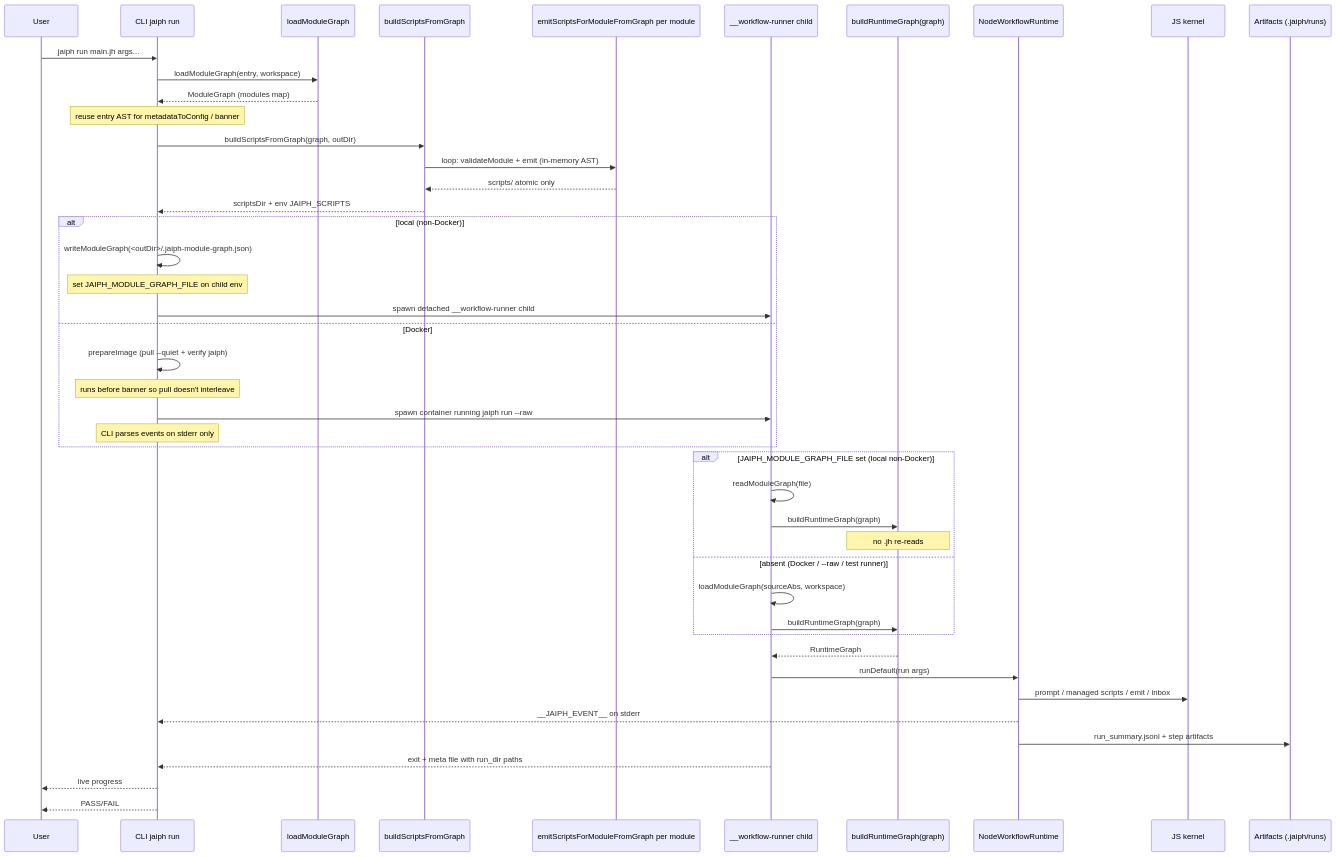
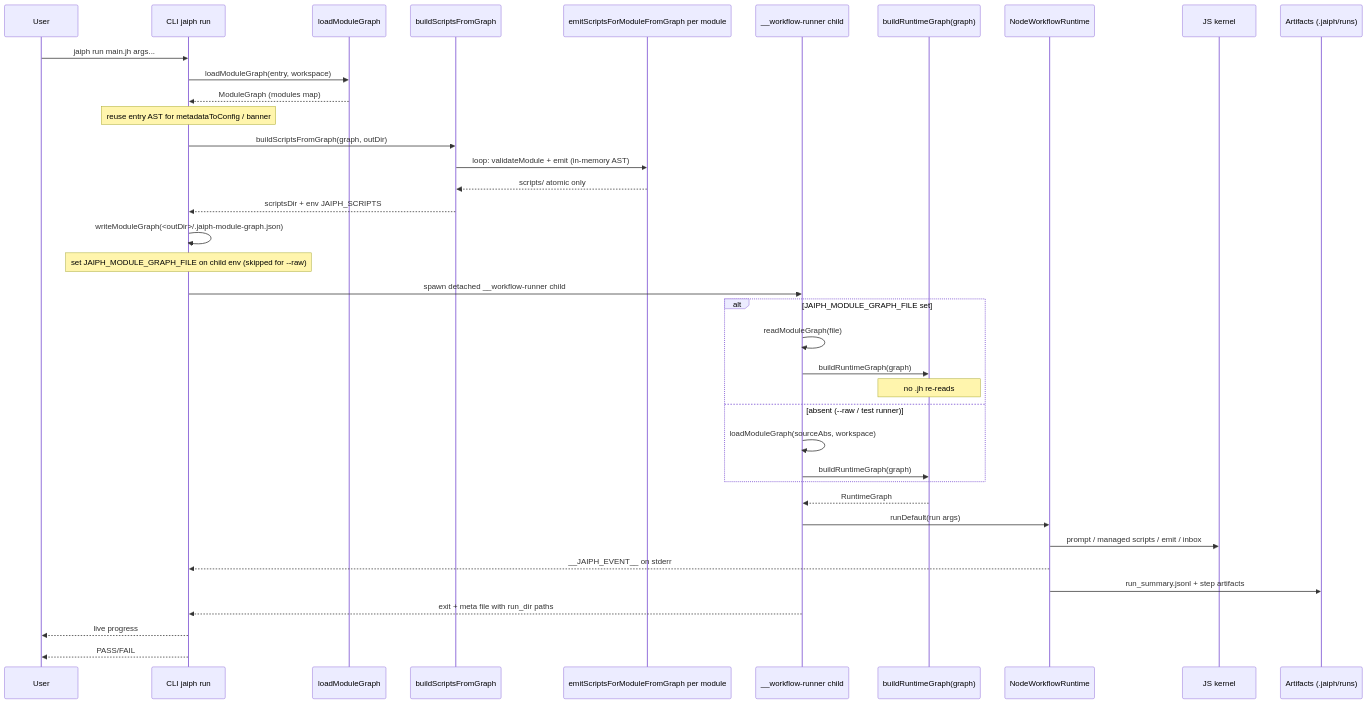
The second of 3 diagrams in docs/architecture.md (jaiphlang/jaiph), drawn with Mermaid before and after one commit. The commit also changed other lines of this file and 177 other files, not shown here.

````diff
--- a/docs/architecture.md
+++ b/docs/architecture.md
@@ -287,48 +280,41 @@
 ```mermaid
 sequenceDiagram
     participant User
     participant CLI as CLI jaiph run
     participant Load as loadModuleGraph
     participant Prep as buildScriptsFromGraph
     participant TF as emitScriptsForModuleFromGraph per module
     participant Runner as __workflow-runner child
     participant Graph as buildRuntimeGraph(graph)
     participant Runtime as NodeWorkflowRuntime
     participant Kernel as JS kernel
     participant Report as Artifacts (.jaiph/runs)
 
     User->>CLI: jaiph run main.jh args...
     CLI->>Load: loadModuleGraph(entry, workspace)
     Load-->>CLI: ModuleGraph (modules map)
     Note over CLI: reuse entry AST for metadataToConfig / banner
     CLI->>Prep: buildScriptsFromGraph(graph, outDir)
     Prep->>TF: loop: validateModule + emit (in-memory AST)
     TF-->>Prep: scripts/ atomic only
     Prep-->>CLI: scriptsDir + env JAIPH_SCRIPTS
-    alt local (non-Docker)
-        CLI->>CLI: writeModuleGraph(<outDir>/.jaiph-module-graph.json)
-        Note over CLI: set JAIPH_MODULE_GRAPH_FILE on child env
-        CLI->>Runner: spawn detached __workflow-runner child
-    else Docker
-        CLI->>CLI: prepareImage (pull --quiet + verify jaiph)
-        Note over CLI: runs before banner so pull doesn't interleave
-        CLI->>Runner: spawn container running jaiph run --raw
-        Note over CLI: CLI parses events on stderr only
-    end
-    alt JAIPH_MODULE_GRAPH_FILE set (local non-Docker)
+    CLI->>CLI: writeModuleGraph(<outDir>/.jaiph-module-graph.json)
+    Note over CLI: set JAIPH_MODULE_GRAPH_FILE on child env (skipped for --raw)
+    CLI->>Runner: spawn detached __workflow-runner child
+    alt JAIPH_MODULE_GRAPH_FILE set
         Runner->>Runner: readModuleGraph(file)
         Runner->>Graph: buildRuntimeGraph(graph)
         Note over Graph: no .jh re-reads
-    else absent (Docker / --raw / test runner)
+    else absent (--raw / test runner)
         Runner->>Runner: loadModuleGraph(sourceAbs, workspace)
         Runner->>Graph: buildRuntimeGraph(graph)
     end
     Graph-->>Runner: RuntimeGraph
     Runner->>Runtime: runDefault(run args)
     Runtime->>Kernel: prompt / managed scripts / emit / inbox
     Runtime-->>CLI: __JAIPH_EVENT__ on stderr
     Runtime->>Report: run_summary.jsonl + step artifacts
     Runner-->>CLI: exit + meta file with run_dir paths
     CLI-->>User: live progress
     CLI-->>User: PASS/FAIL
 ```
````
